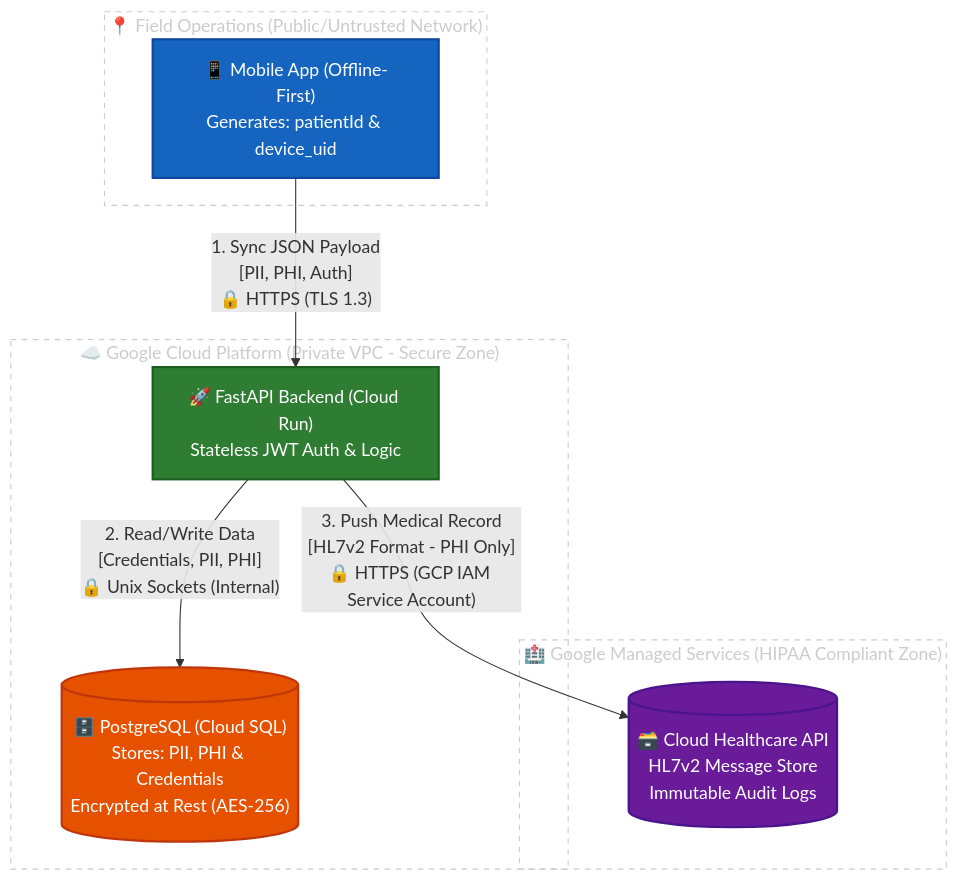
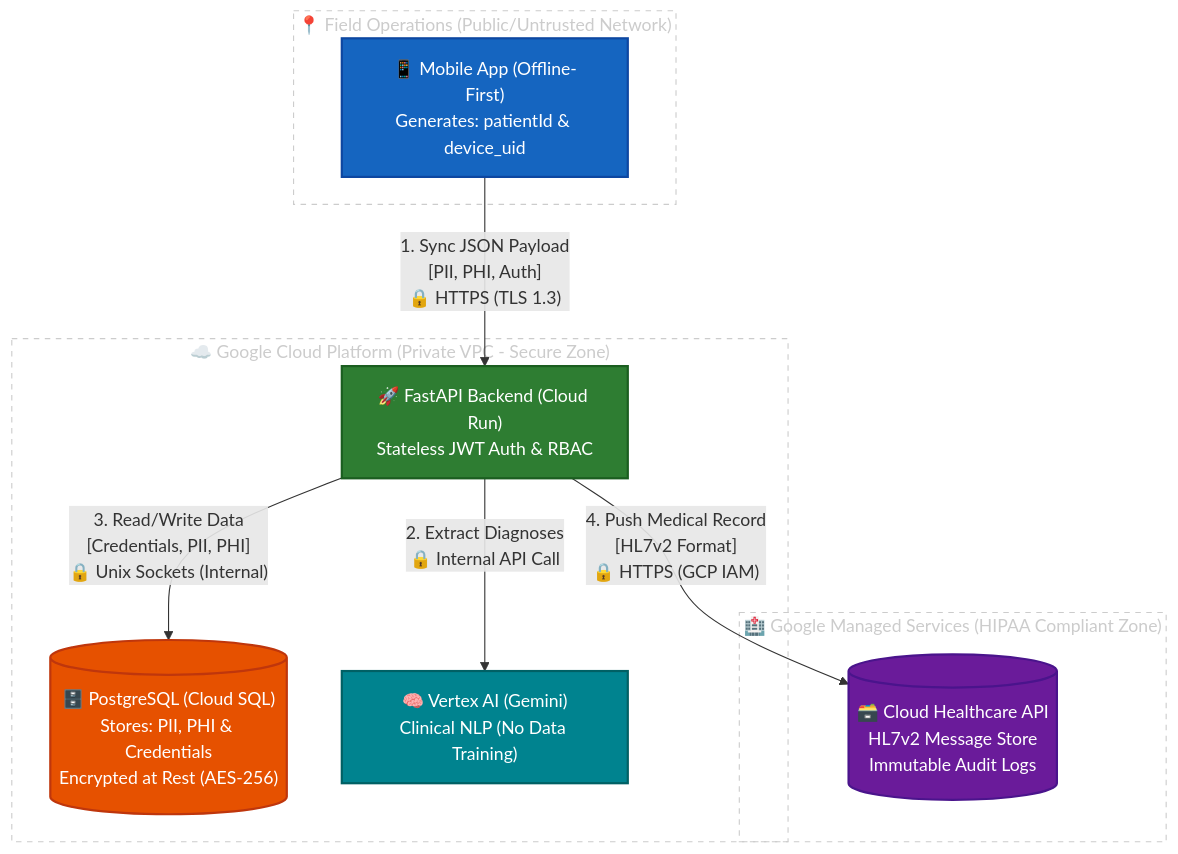
Before and after one commit to guane-hwb/health-without-borders: the diagram in docs/infrastructure/security.md, drawn with Mermaid. The commit also changed other lines of this file and 13 other files, not shown here.

````diff
--- a/docs/infrastructure/security.md
+++ b/docs/infrastructure/security.md
@@ -118,35 +86,31 @@
 ```mermaid
 flowchart TD
     %% --- Definición de Estilos para Modo Oscuro de GitHub ---
-    %% Usamos colores de relleno oscuros y forzamos el texto a blanco para un contraste perfecto.
     classDef mobile fill:#1565c0,stroke:#0d47a1,stroke-width:2px,color:white;
     classDef backend fill:#2e7d32,stroke:#1b5e20,stroke-width:2px,color:white;
     classDef database fill:#e65100,stroke:#bf360c,stroke-width:2px,color:white;
     classDef healthcare fill:#6a1b9a,stroke:#4a148c,stroke-width:2px,color:white;
+    classDef ai fill:#00838f,stroke:#006064,stroke-width:2px,color:white;
 
-    %% Estilo para las cajas de las zonas (subgraphs)
-    classDef subgraphStyle fill:none,stroke:#ccc,stroke-width:1px,color:#ccc,stroke-dasharray: 5 5;
-
-    %% --- Zonas de Confianza (Trust Zones) ---
     subgraph FieldZone ["📍 Field Operations (Public/Untrusted Network)"]
         style FieldZone fill:none,stroke:#ccc,stroke-width:1px,color:#ccc,stroke-dasharray: 5 5
         Tablet["📱 Mobile App (Offline-First)<br/>Generates: patientId & device_uid"]:::mobile
     end
 
     subgraph GCPZone ["☁️ Google Cloud Platform (Private VPC - Secure Zone)"]
         style GCPZone fill:none,stroke:#ccc,stroke-width:1px,color:#ccc,stroke-dasharray: 5 5
-        API["🚀 FastAPI Backend (Cloud Run)<br/>Stateless JWT Auth & Logic"]:::backend
+        API["🚀 FastAPI Backend (Cloud Run)<br/>Stateless JWT Auth & RBAC"]:::backend
         DB[("🗄️ PostgreSQL (Cloud SQL)<br/>Stores: PII, PHI & Credentials<br/>Encrypted at Rest (AES-256)")]:::database
+        VertexAI["🧠 Vertex AI (Gemini)<br/>Clinical NLP (No Data Training)"]:::ai
     end
 
     subgraph HL7Zone ["🏥 Google Managed Services (HIPAA Compliant Zone)"]
         style HL7Zone fill:none,stroke:#ccc,stroke-width:1px,color:#ccc,stroke-dasharray: 5 5
         HL7Store[("🗃️ Cloud Healthcare API<br/>HL7v2 Message Store<br/>Immutable Audit Logs")]:::healthcare
     end
 
-    %% --- Flujos de Datos (Data in Transit) ---
-    %% Usamos <br/> para saltos de línea seguros
     Tablet -- "1. Sync JSON Payload<br/>[PII, PHI, Auth]<br/>🔒 HTTPS (TLS 1.3)" --> API
-    API -- "2. Read/Write Data<br/>[Credentials, PII, PHI]<br/>🔒 Unix Sockets (Internal)" --> DB
-    API -- "3. Push Medical Record<br/>[HL7v2 Format - PHI Only]<br/>🔒 HTTPS (GCP IAM Service Account)" --> HL7Store
+    API -- "2. Extract Diagnoses<br/>🔒 Internal API Call" --> VertexAI
+    API -- "3. Read/Write Data<br/>[Credentials, PII, PHI]<br/>🔒 Unix Sockets (Internal)" --> DB
+    API -- "4. Push Medical Record<br/>[HL7v2 Format]<br/>🔒 HTTPS (GCP IAM)" --> HL7Store
 ```
````
